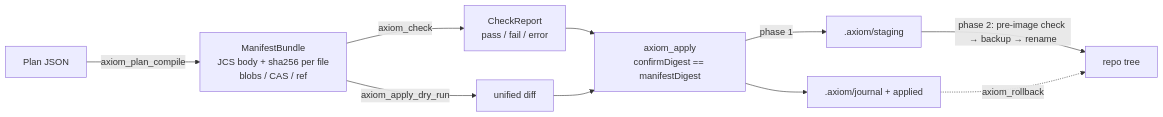
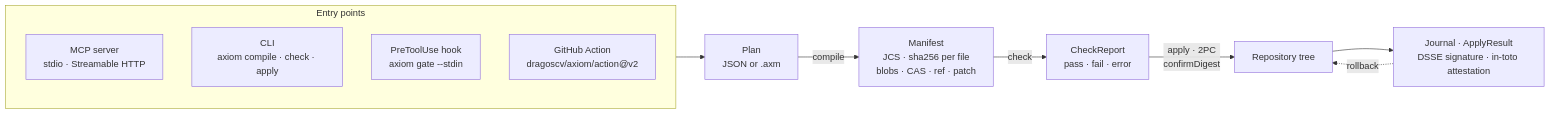
One commit to dragoscv/axiom changed the first of 2 diagrams in README.md. Above: the diagram before and after it, drawn with Mermaid. The commit also changed other lines of this file and 106 other files, not shown here.

````diff
--- a/README.md
+++ b/README.md
@@ -53,12 +44,16 @@
 ```mermaid
 flowchart LR
-  P[Plan JSON] -->|axiom_plan_compile| M[ManifestBundle<br/>JCS body + sha256 per file<br/>blobs / CAS / ref]
-  M -->|axiom_check| C[CheckReport<br/>pass / fail / error]
-  M -->|axiom_apply_dry_run| D[unified diff]
-  C --> A
-  D --> A
-  A[axiom_apply<br/>confirmDigest == manifestDigest] -->|phase 1| S[.axiom/staging]
-  S -->|phase 2: pre-image check → backup → rename| T[repo tree]
-  A --> J[.axiom/journal + applied]
-  J -.->|axiom_rollback| T
+  subgraph entry [Entry points]
+    direction TB
+    MCP[MCP server<br/>stdio · Streamable HTTP]
+    CLI[CLI<br/>axiom compile · check · apply]
+    HOOK[PreToolUse hook<br/>axiom gate --stdin]
+    GHA[GitHub Action<br/>dragoscv/axiom/action@v2]
+  end
+  P[Plan<br/>JSON or .axm] -->|compile| M[Manifest<br/>JCS · sha256 per file<br/>blobs · CAS · ref · patch]
+  M -->|check| C[CheckReport<br/>pass · fail · error]
+  C -->|apply · 2PC<br/>confirmDigest| T[Repository tree]
+  T --> J[Journal · ApplyResult<br/>DSSE signature · in-toto attestation]
+  J -.->|rollback| T
+  entry --> P
 ```
````
